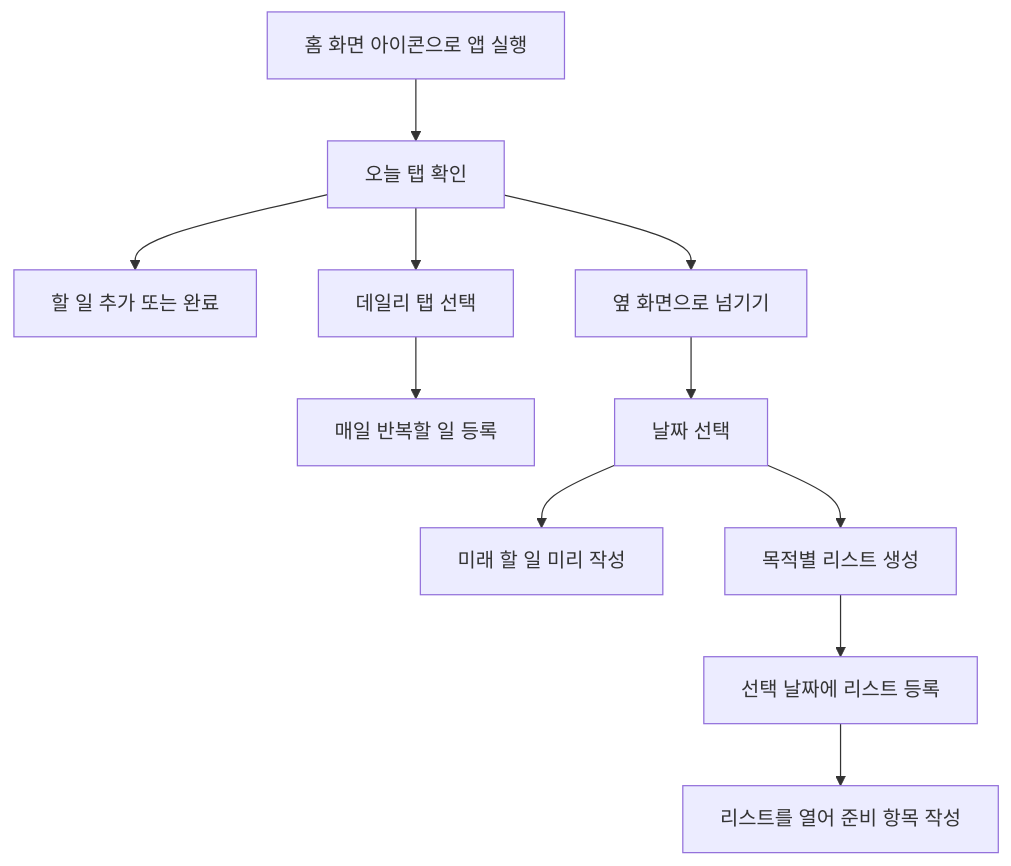
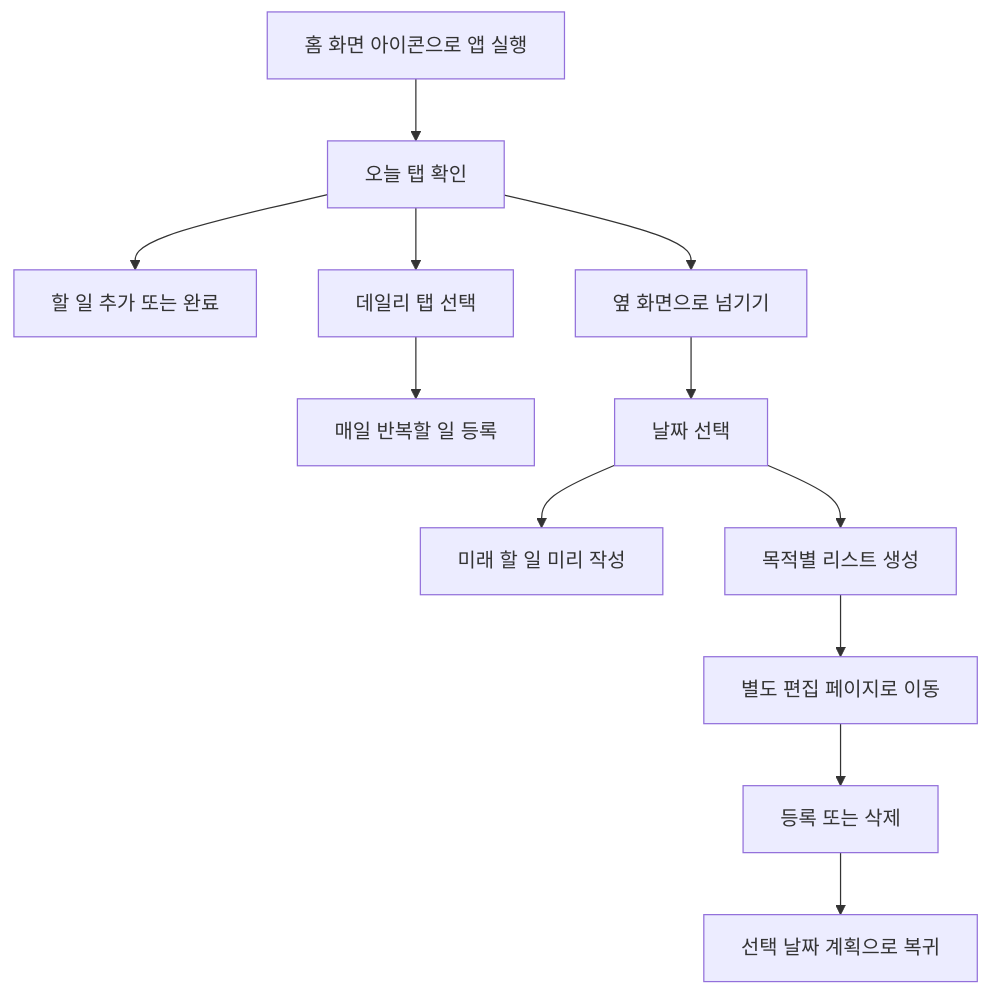
The first of 2 diagrams in docs/USER_FLOW.md (jiyeongoing/to-do-list-application), drawn with Mermaid before and after one commit. The commit also changed other lines of this file and 6 other files, not shown here.

````diff
--- a/docs/USER_FLOW.md
+++ b/docs/USER_FLOW.md
@@ -5,13 +5,14 @@
 ```mermaid
 flowchart TD
     A["홈 화면 아이콘으로 앱 실행"] --> B["오늘 탭 확인"]
     B --> C["할 일 추가 또는 완료"]
     B --> D["데일리 탭 선택"]
     D --> E["매일 반복할 일 등록"]
     B --> F["옆 화면으로 넘기기"]
     F --> G["날짜 선택"]
     G --> H["미래 할 일 미리 작성"]
     G --> I["목적별 리스트 생성"]
-    I --> J["선택 날짜에 리스트 등록"]
-    J --> K["리스트를 열어 준비 항목 작성"]
+    I --> J["별도 편집 페이지로 이동"]
+    J --> K["등록 또는 삭제"]
+    K --> L["선택 날짜 계획으로 복귀"]
 ```
````
